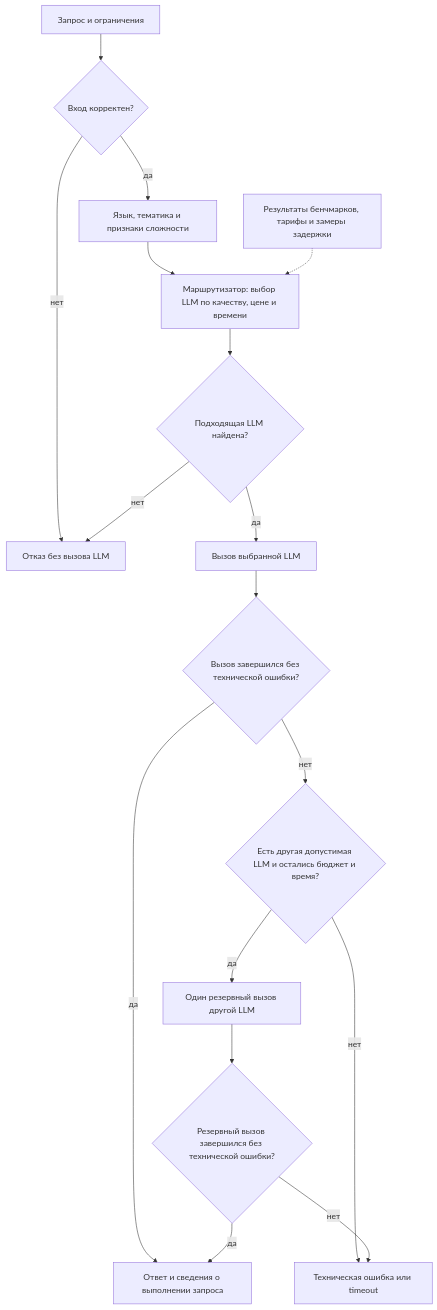
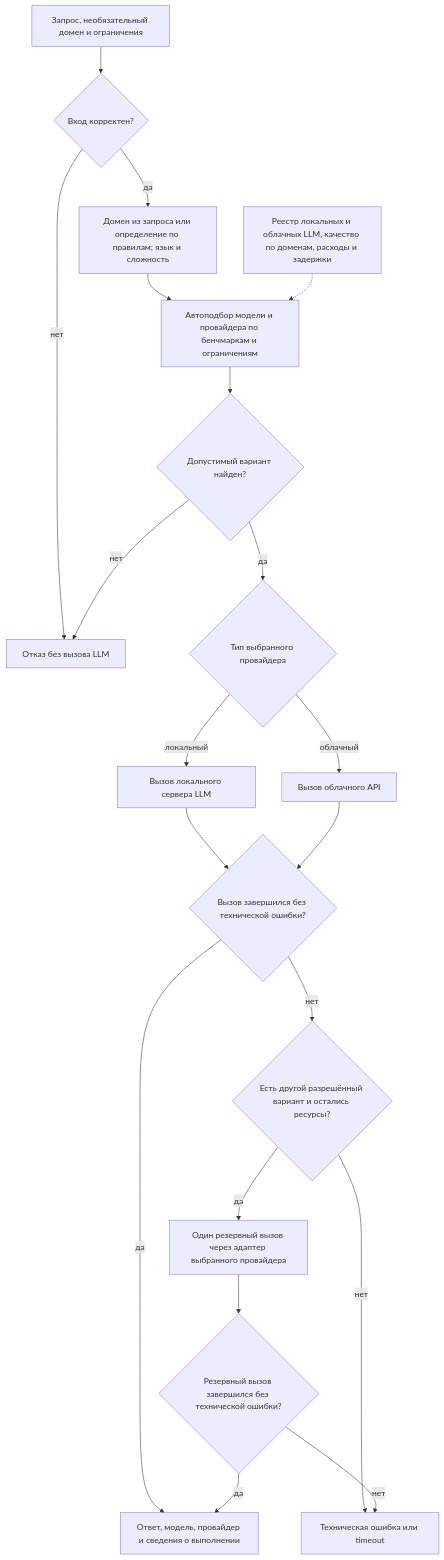
The second of 2 diagrams in docs/ml_system_design_doc.md (Mixlazer/ML_Sys_Design_HW), drawn with Mermaid before and after one commit. The commit also changed other lines of this file and 1 other file, not shown here.

Commit message:
Define domain-based routing for local and cloud LLM providers

````diff
--- a/docs/ml_system_design_doc.md
+++ b/docs/ml_system_design_doc.md
@@ -223,19 +224,22 @@
 ```mermaid
 flowchart TD
-    REQUEST["Запрос и ограничения"] --> VALID{"Вход корректен?"}
+    REQUEST["Запрос, необязательный домен и ограничения"] --> VALID{"Вход корректен?"}
     VALID -->|"нет"| REJECT["Отказ без вызова LLM"]
-    VALID -->|"да"| ANALYZE["Язык, тематика и признаки сложности"]
-    ANALYZE --> SELECT["Маршрутизатор: выбор LLM по качеству, цене и времени"]
-    PROFILES["Результаты бенчмарков, тарифы и замеры задержки"] -.-> SELECT
-    SELECT --> AVAILABLE{"Подходящая LLM найдена?"}
+    VALID -->|"да"| DOMAIN["Домен из запроса или определение по правилам; язык и сложность"]
+    DOMAIN --> SELECT["Автоподбор модели и провайдера по бенчмаркам и ограничениям"]
+    PROFILES["Реестр локальных и облачных LLM, качество по доменам, расходы и задержки"] -.-> SELECT
+    SELECT --> AVAILABLE{"Допустимый вариант найден?"}
     AVAILABLE -->|"нет"| REJECT
-    AVAILABLE -->|"да"| CALL["Вызов выбранной LLM"]
-    CALL --> RECEIVED{"Вызов завершился без технической ошибки?"}
-    RECEIVED -->|"да"| RESPONSE["Ответ и сведения о выполнении запроса"]
-    RECEIVED -->|"нет"| CAN_RETRY{"Есть другая допустимая LLM и остались бюджет и время?"}
+    AVAILABLE -->|"да"| PROVIDER{"Тип выбранного провайдера"}
+    PROVIDER -->|"локальный"| LOCAL["Вызов локального сервера LLM"]
+    PROVIDER -->|"облачный"| CLOUD["Вызов облачного API"]
+    LOCAL --> RECEIVED{"Вызов завершился без технической ошибки?"}
+    CLOUD --> RECEIVED
+    RECEIVED -->|"да"| RESPONSE["Ответ, модель, провайдер и сведения о выполнении"]
+    RECEIVED -->|"нет"| CAN_RETRY{"Есть другой разрешённый вариант и остались ресурсы?"}
     CAN_RETRY -->|"нет"| ERROR["Техническая ошибка или timeout"]
-    CAN_RETRY -->|"да"| RETRY["Один резервный вызов другой LLM"]
+    CAN_RETRY -->|"да"| RETRY["Один резервный вызов через адаптер выбранного провайдера"]
     RETRY --> RETRY_OK{"Резервный вызов завершился без технической ошибки?"}
     RETRY_OK -->|"да"| RESPONSE
     RETRY_OK -->|"нет"| ERROR
 ```
````
